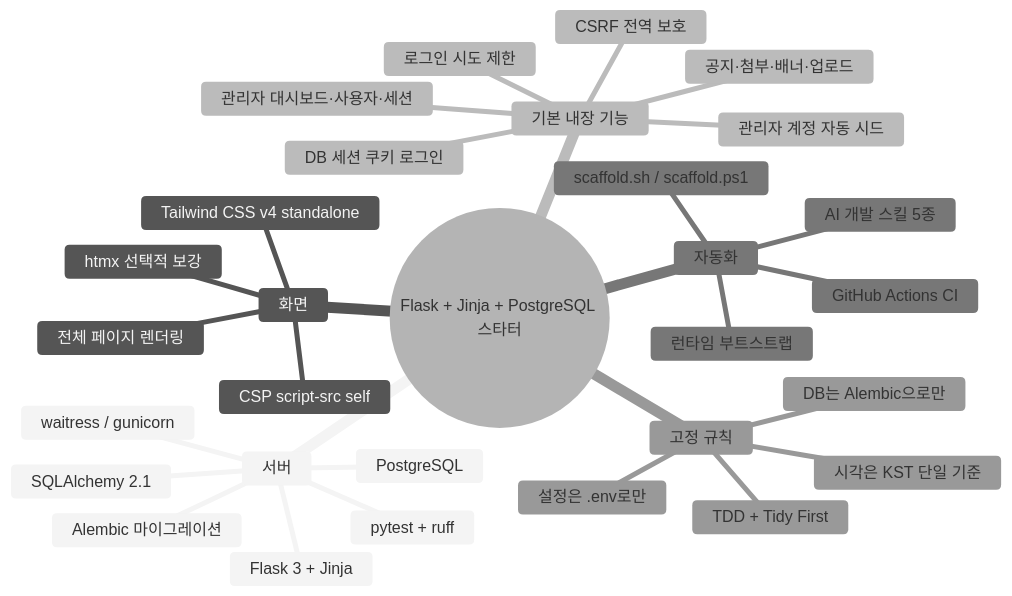
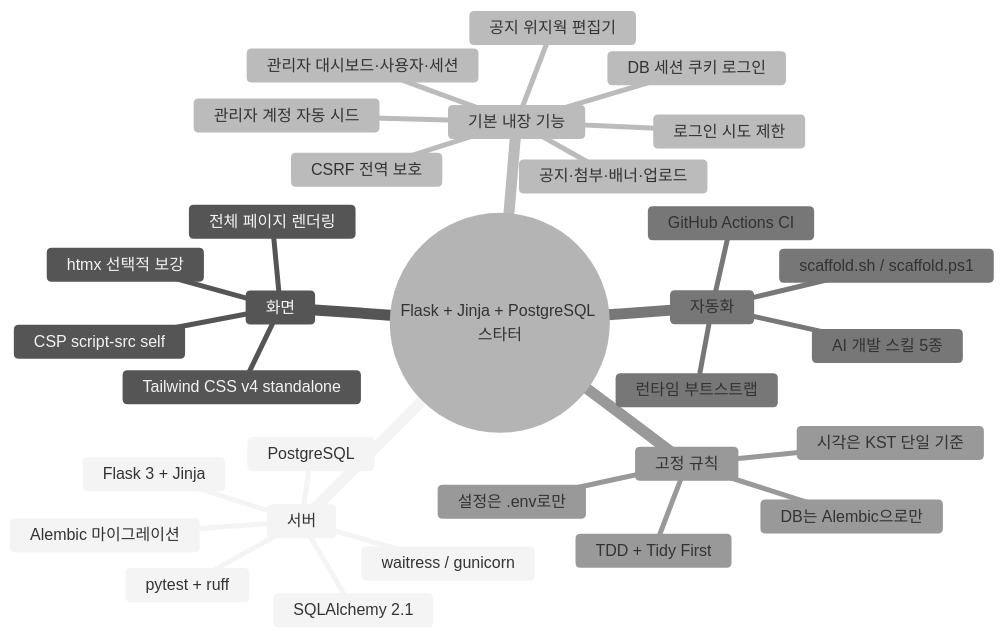
One commit to al8bright/flask-starter changed the first of 3 diagrams in README.md. Above: the diagram before and after it, drawn with Mermaid (neutral theme). The commit also changed other lines of this file and 15 other files, not shown here.

````diff
--- a/README.md
+++ b/README.md
@@ -50,33 +50,34 @@
 ```mermaid
 mindmap
   root((Flask + Jinja + PostgreSQL 스타터))
     서버
       Flask 3 + Jinja
       SQLAlchemy 2.1
       Alembic 마이그레이션
       pytest + ruff
       PostgreSQL
       waitress / gunicorn
     화면
       전체 페이지 렌더링
       htmx 선택적 보강
       Tailwind CSS v4 standalone
       CSP script-src self
     기본 내장 기능
       DB 세션 쿠키 로그인
       로그인 시도 제한
       CSRF 전역 보호
       관리자 계정 자동 시드
       공지·첨부·배너·업로드
+      공지 위지웍 편집기
       관리자 대시보드·사용자·세션
     자동화
       scaffold.sh / scaffold.ps1
       런타임 부트스트랩
       GitHub Actions CI
       AI 개발 스킬 5종
     고정 규칙
       DB는 Alembic으로만
       설정은 .env로만
       시각은 KST 단일 기준
       TDD + Tidy First
 ```
````
